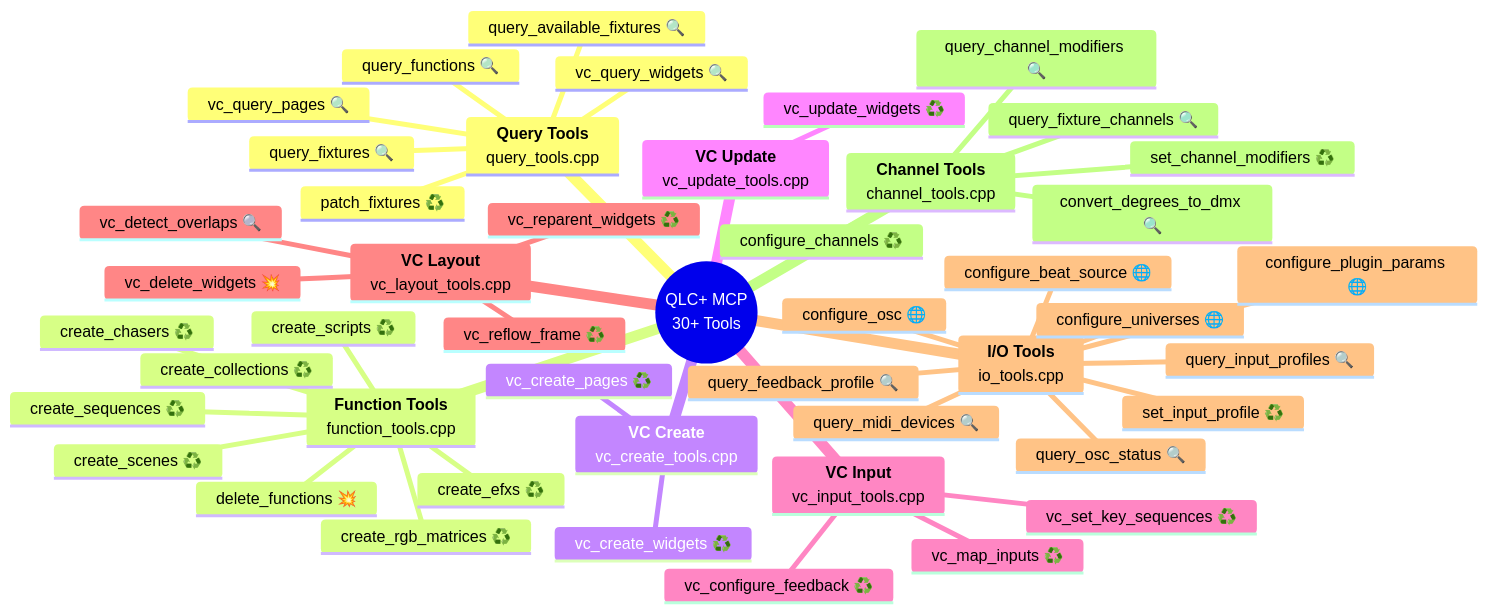
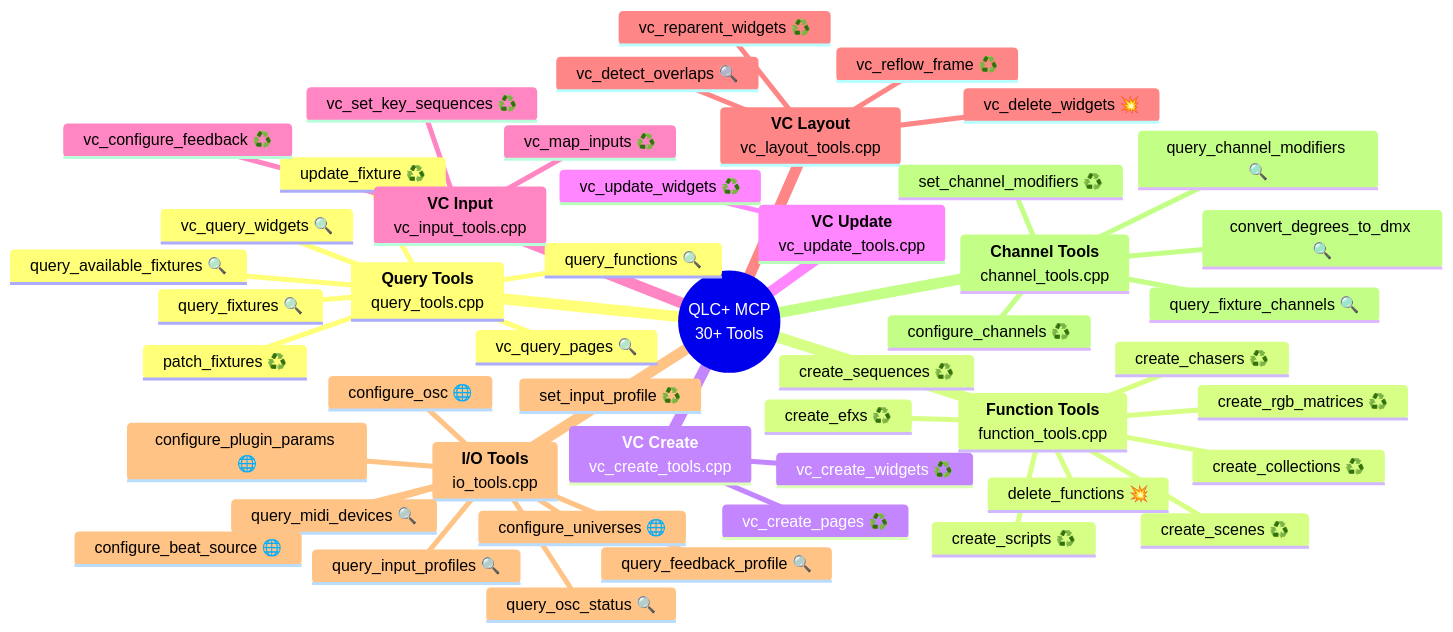
The third of 14 diagrams in mcp/MCP-ARCHITECTURE.md (abossard/qlcplus), drawn with Mermaid before and after one commit. The commit also changed other lines of this file and 27 other files, not shown here.

````diff
--- a/mcp/MCP-ARCHITECTURE.md
+++ b/mcp/MCP-ARCHITECTURE.md
@@ -151,50 +151,51 @@
 ```mermaid
 mindmap
   root((QLC+ MCP<br/>30+ Tools))
     **Query Tools**<br/>query_tools.cpp
       query_fixtures 🔍
       query_available_fixtures 🔍
       patch_fixtures ♻️
+      update_fixture ♻️
       query_functions 🔍
       vc_query_pages 🔍
       vc_query_widgets 🔍
     **Function Tools**<br/>function_tools.cpp
       create_scenes ♻️
       create_chasers ♻️
       create_sequences ♻️
       create_efxs ♻️
       create_collections ♻️
       create_rgb_matrices ♻️
       create_scripts ♻️
       delete_functions 💥
     **VC Create**<br/>vc_create_tools.cpp
       vc_create_pages ♻️
       vc_create_widgets ♻️
     **VC Update**<br/>vc_update_tools.cpp
       vc_update_widgets ♻️
     **VC Input**<br/>vc_input_tools.cpp
       vc_map_inputs ♻️
       vc_configure_feedback ♻️
       vc_set_key_sequences ♻️
     **VC Layout**<br/>vc_layout_tools.cpp
       vc_reparent_widgets ♻️
       vc_delete_widgets 💥
       vc_detect_overlaps 🔍
       vc_reflow_frame ♻️
     **I/O Tools**<br/>io_tools.cpp
       configure_universes 🌐
       configure_plugin_params 🌐
       query_midi_devices 🔍
       query_input_profiles 🔍
       set_input_profile ♻️
       query_feedback_profile 🔍
       configure_osc 🌐
       query_osc_status 🔍
       configure_beat_source 🌐
     **Channel Tools**<br/>channel_tools.cpp
       query_fixture_channels 🔍
       configure_channels ♻️
       query_channel_modifiers 🔍
       set_channel_modifiers ♻️
       convert_degrees_to_dmx 🔍
 ```
````
